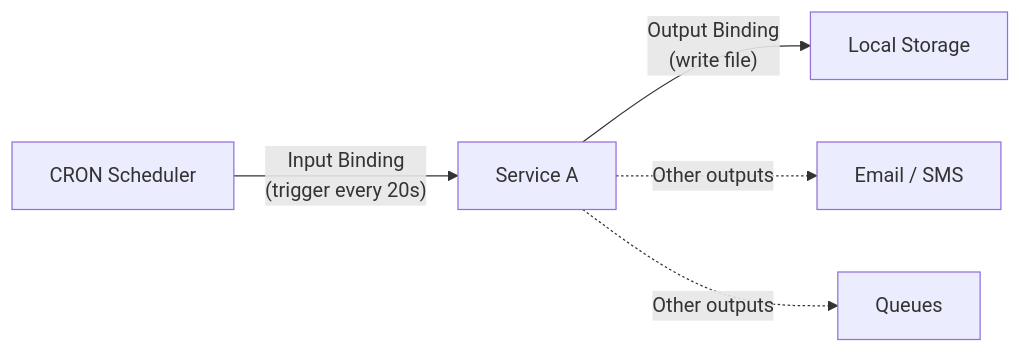
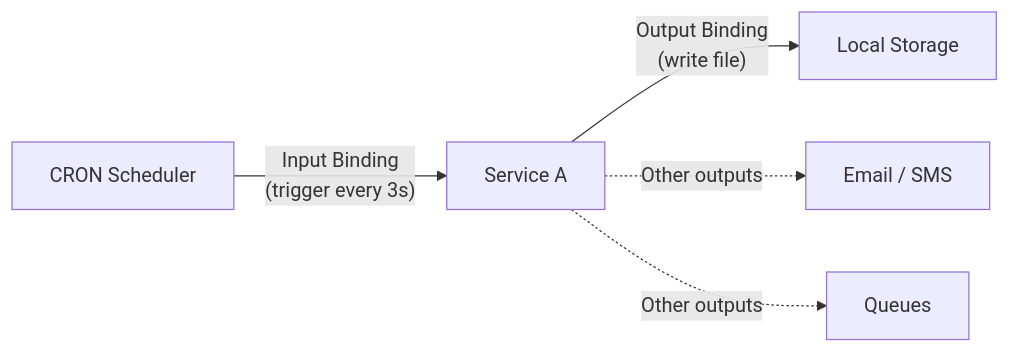
One commit to NetRecipes/NetRecipes.github.io changed the first of 3 diagrams in content/courses/dapr-aspire/bindings.md. Above: the diagram before and after it, drawn with Mermaid. The commit also changed other lines of this file, not shown here.

Commit message:
CRON 3s instead of 20s

````diff
--- a/content/courses/dapr-aspire/bindings.md
+++ b/content/courses/dapr-aspire/bindings.md
@@ -14,13 +14,13 @@
 ```mermaid
 flowchart LR
     CRON["CRON Scheduler"]
     ServiceA["Service A"]
     Storage["Local Storage"]
     Email["Email / SMS"]
     Queue["Queues"]
 
-    CRON -->|"Input Binding<br/>(trigger every 20s)"| ServiceA
+    CRON -->|"Input Binding<br/>(trigger every 3s)"| ServiceA
     ServiceA -->|"Output Binding<br/>(write file)"| Storage
     ServiceA -.->|"Other outputs"| Email
     ServiceA -.->|"Other outputs"| Queue
 ```
````
